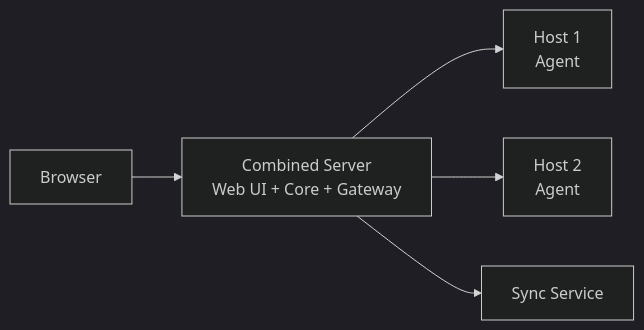
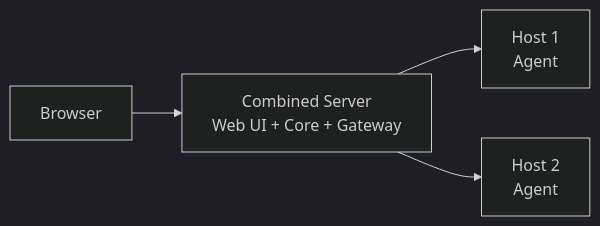
The sixth of 7 diagrams in docs/docs/architecture.md (carverauto/serviceradar), drawn with Mermaid (dark theme) before and after one commit. The commit also changed other lines of this file and 21 other files, not shown here.

````diff
--- a/docs/docs/architecture.md
+++ b/docs/docs/architecture.md
@@ -364,7 +363,6 @@
 ```mermaid
 graph LR
     Browser[Browser] --> CombinedServer[Combined Server<br/>Web UI + Core + Gateway]
     CombinedServer --> AgentServer1[Host 1<br/>Agent]
     CombinedServer --> AgentServer2[Host 2<br/>Agent]
-    CombinedServer --> SyncService[Sync Service]
 ```
````
